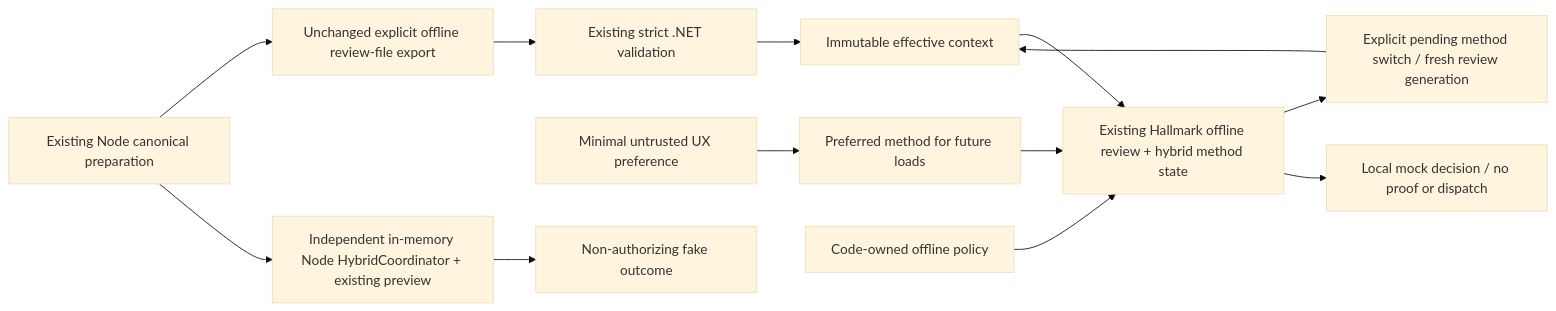
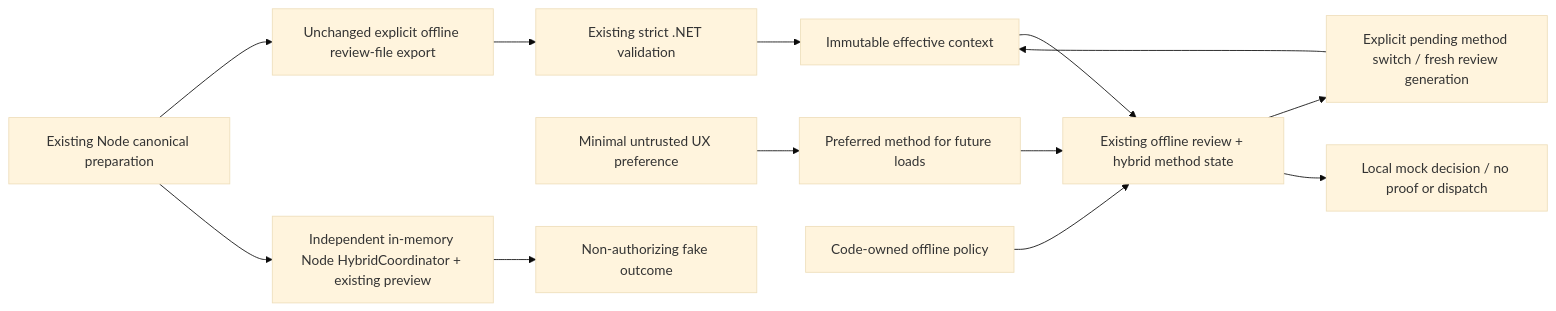
The diagram in docs/PHASE_4D_HYBRID.md (imnwngr/codex-worker-orchestrator), drawn with Mermaid (base theme) before and after one commit. The commit also changed other lines of this file and 12 other files, not shown here.

````diff
--- a/docs/PHASE_4D_HYBRID.md
+++ b/docs/PHASE_4D_HYBRID.md
@@ -11,15 +11,15 @@
 ```mermaid
 flowchart LR
   N[Existing Node canonical preparation] --> F[Unchanged explicit offline review-file export]
   F --> V[Existing strict .NET validation]
   V --> I[Immutable effective context]
-  I --> W[Existing Hallmark offline review + hybrid method state]
+  I --> W[Existing offline review + hybrid method state]
   P[Minimal untrusted UX preference] --> Q[Preferred method for future loads]
   Q --> W
   T[Code-owned offline policy] --> W
   W --> S[Explicit pending method switch / fresh review generation]
   S --> I
   W --> D[Local mock decision / no proof or dispatch]
   N --> C[Independent in-memory Node HybridCoordinator + existing preview]
   C --> O[Non-authorizing fake outcome]
 ```
````
